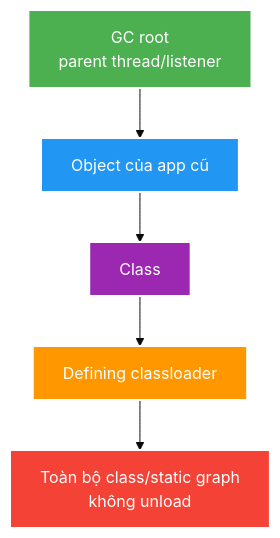
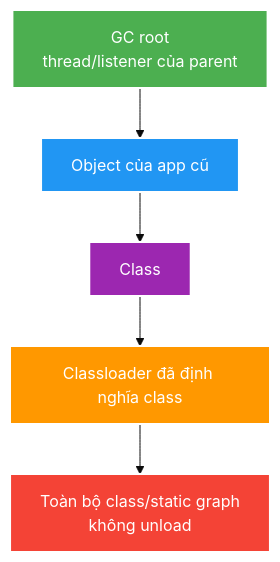
Before and after one commit to HungPhan200591/live-stream-backend: the diagram in docs/learning/topics/java/theory/deep-dives/jvm-class-loading-memory-and-classloader-leaks.md, drawn with Mermaid (base theme). The commit also changed other lines of this file and 177 other files, not shown here.

````diff
--- a/docs/learning/topics/java/theory/deep-dives/jvm-class-loading-memory-and-classloader-leaks.md
+++ b/docs/learning/topics/java/theory/deep-dives/jvm-class-loading-memory-and-classloader-leaks.md
@@ -28,12 +28,12 @@
 ```mermaid
 flowchart TB
-    R["GC root<br/>parent thread/listener"] --> O["Object của app cũ"]
+    R["GC root<br/>thread/listener của parent"] --> O["Object của app cũ"]
     O --> C["Class"]
-    C --> L["Defining classloader"]
+    C --> L["Classloader đã định nghĩa class"]
     L --> G["Toàn bộ class/static graph<br/>không unload"]
     style R fill:#4CAF50,stroke:#fff,stroke-width:2px,color:#fff
     style O fill:#2196F3,stroke:#fff,stroke-width:2px,color:#fff
     style C fill:#9C27B0,stroke:#fff,stroke-width:2px,color:#fff
     style L fill:#FF9800,stroke:#fff,stroke-width:2px,color:#fff
     style G fill:#F44336,stroke:#fff,stroke-width:2px,color:#fff
 ```
````
